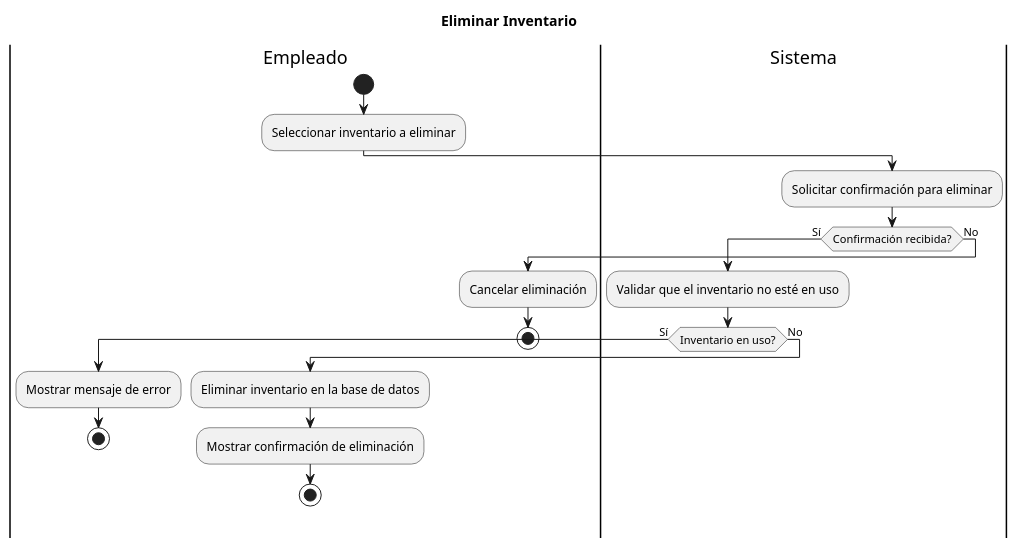
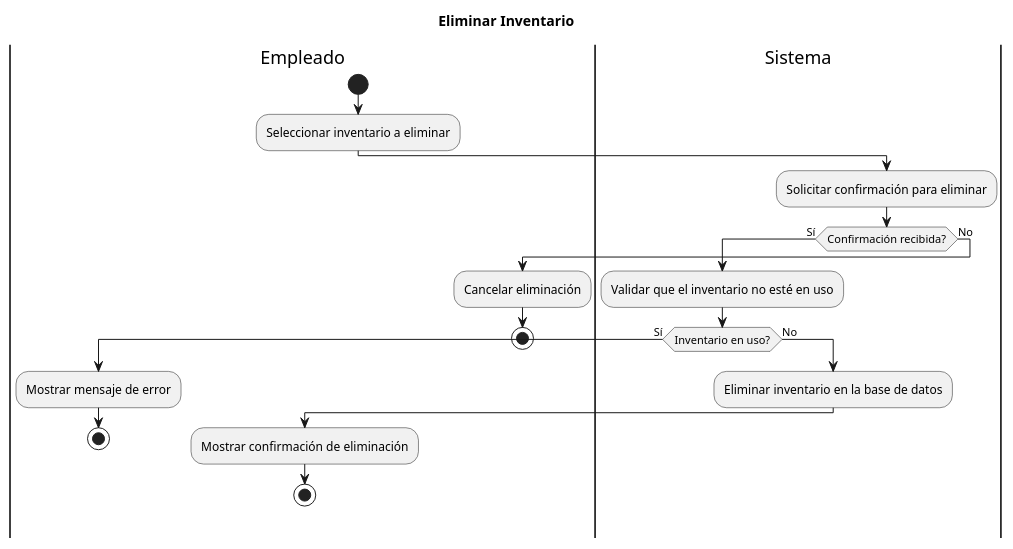
The diagram in Diagramas/diagramas_actividades/da_eliminar_inventario.plantuml (marcelolezcanodev/GarageGuru), drawn with PlantUML before and after one commit. The commit also changed 5 other files, not shown here.

Commit message:
Modificaciones en la logica de algunos diagramas

```diff
--- a/Diagramas/diagramas_actividades/da_eliminar_inventario.plantuml
+++ b/Diagramas/diagramas_actividades/da_eliminar_inventario.plantuml
@@ -1,24 +1,25 @@
 @startuml da_Eliminar_Inventario
 Title Eliminar Inventario
 |Empleado|
 start
 :Seleccionar inventario a eliminar;
 |Sistema|
 :Solicitar confirmación para eliminar;
 if (Confirmación recibida?) then (Sí)
     :Validar que el inventario no esté en uso;
     if (Inventario en uso?) then (Sí)
         |Empleado|
         :Mostrar mensaje de error;
         stop
     else (No)
+        |Sistema|
         :Eliminar inventario en la base de datos;
         |Empleado|
         :Mostrar confirmación de eliminación;
         stop
     endif
 else (No)
     :Cancelar eliminación;
     stop
 endif
 @enduml
```
